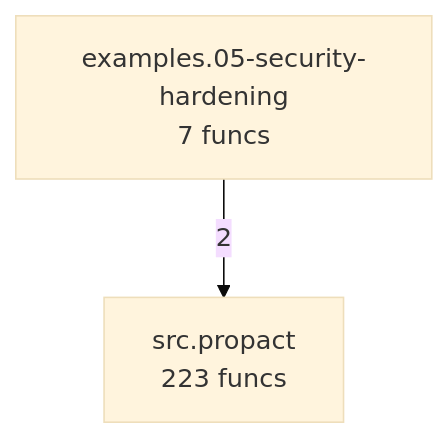
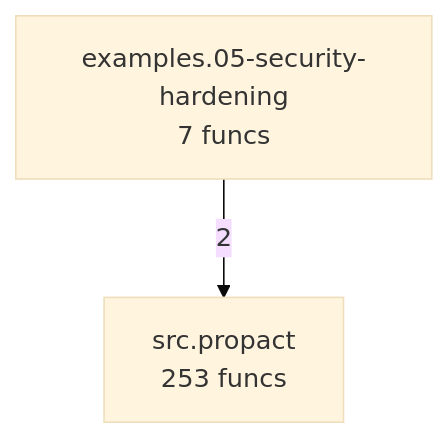
Before and after one commit to pactown-com/propact: the diagram in project/compact_flow.mmd, drawn with Mermaid (base theme). The commit also changed 43 other files, not shown here.

```diff
--- a/project/compact_flow.mmd
+++ b/project/compact_flow.mmd
@@ -1,4 +1,4 @@
 flowchart TD
     examples__05_security_hardening["examples.05-security-hardening<br/>7 funcs"]
-    src__propact["src.propact<br/>223 funcs"]
+    src__propact["src.propact<br/>253 funcs"]
     examples__05_security_hardening -->|2| src__propact
```
